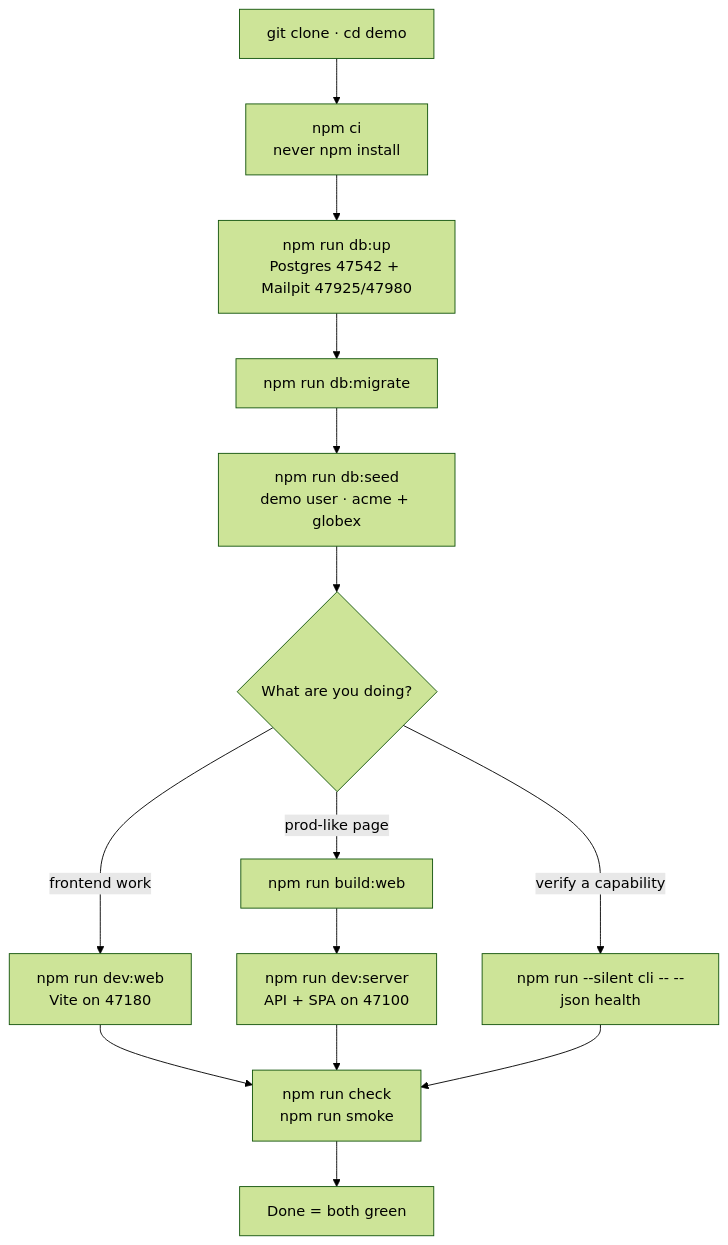
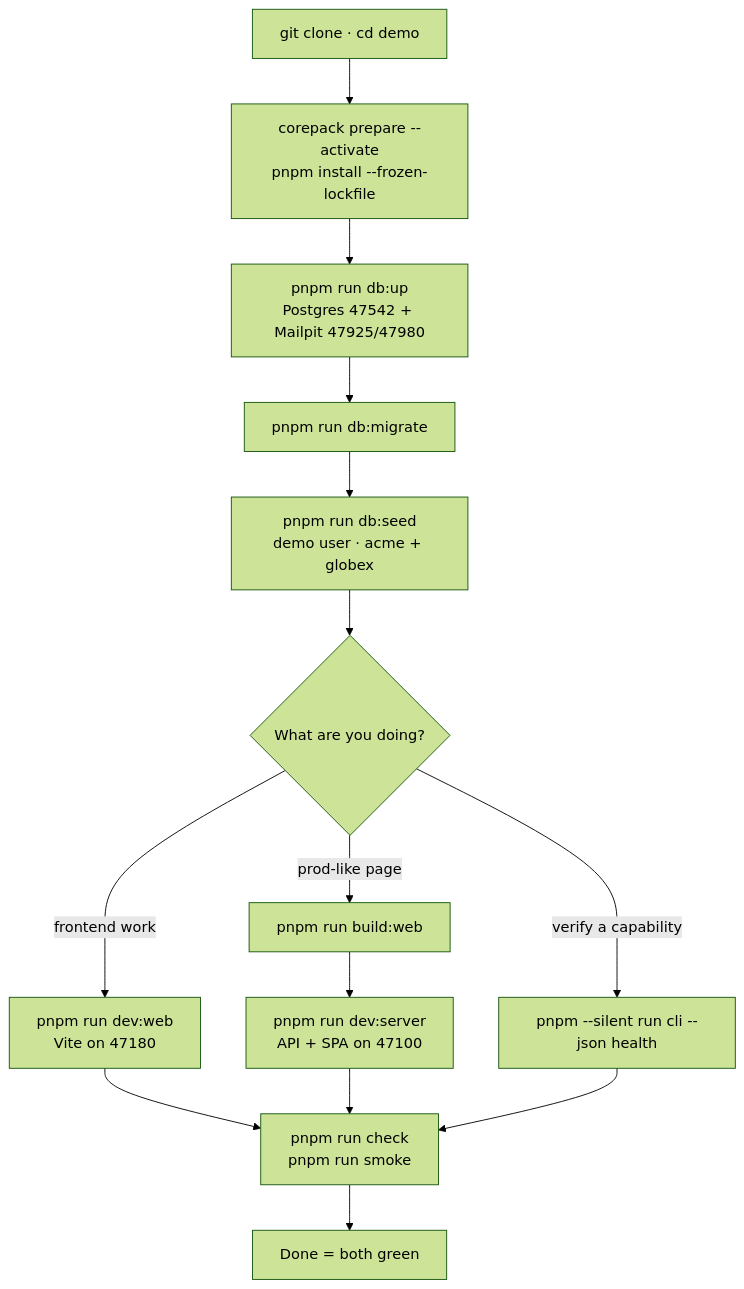
Before and after one commit to chomamateusz/agentproofarch: the diagram in website/docs/start/quickstart.md, drawn with Mermaid (forest theme). The commit also changed other lines of this file and 74 other files, not shown here.

First line of the commit message:
Toolchain: migrate npm -> pnpm (supply-chain hardening)

````diff
--- a/website/docs/start/quickstart.md
+++ b/website/docs/start/quickstart.md
@@ -197,16 +201,16 @@
 ```mermaid
 flowchart TD
-  clone["git clone · cd demo"] --> install["npm ci<br/>never npm install"]
-  install --> up["npm run db:up<br/>Postgres 47542 + Mailpit 47925/47980"]
-  up --> migrate["npm run db:migrate"]
-  migrate --> seed["npm run db:seed<br/>demo user · acme + globex"]
+  clone["git clone · cd demo"] --> install["corepack prepare --activate<br/>pnpm install --frozen-lockfile"]
+  install --> up["pnpm run db:up<br/>Postgres 47542 + Mailpit 47925/47980"]
+  up --> migrate["pnpm run db:migrate"]
+  migrate --> seed["pnpm run db:seed<br/>demo user · acme + globex"]
   seed --> choose{"What are you doing?"}
-  choose -->|"frontend work"| devweb["npm run dev:web<br/>Vite on 47180"]
-  choose -->|"prod-like page"| build["npm run build:web"]
-  build --> devserver["npm run dev:server<br/>API + SPA on 47100"]
-  choose -->|"verify a capability"| clihello["npm run --silent cli -- --json health"]
+  choose -->|"frontend work"| devweb["pnpm run dev:web<br/>Vite on 47180"]
+  choose -->|"prod-like page"| build["pnpm run build:web"]
+  build --> devserver["pnpm run dev:server<br/>API + SPA on 47100"]
+  choose -->|"verify a capability"| clihello["pnpm --silent run cli --json health"]
   devweb --> gates
   devserver --> gates
   clihello --> gates
-  gates["npm run check<br/>npm run smoke"] --> done["Done = both green"]
+  gates["pnpm run check<br/>pnpm run smoke"] --> done["Done = both green"]
 ```
````
